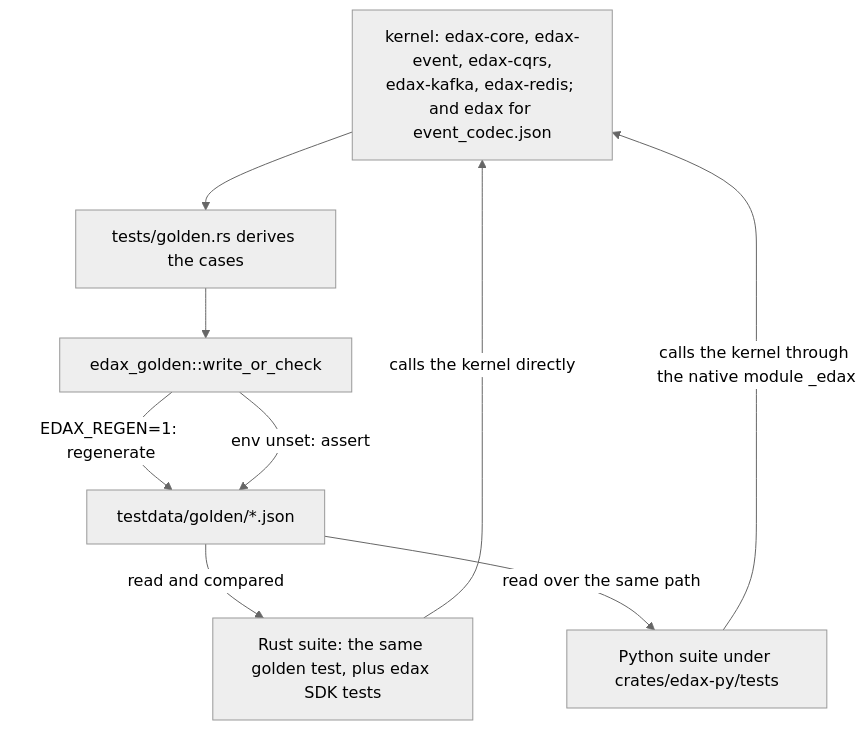
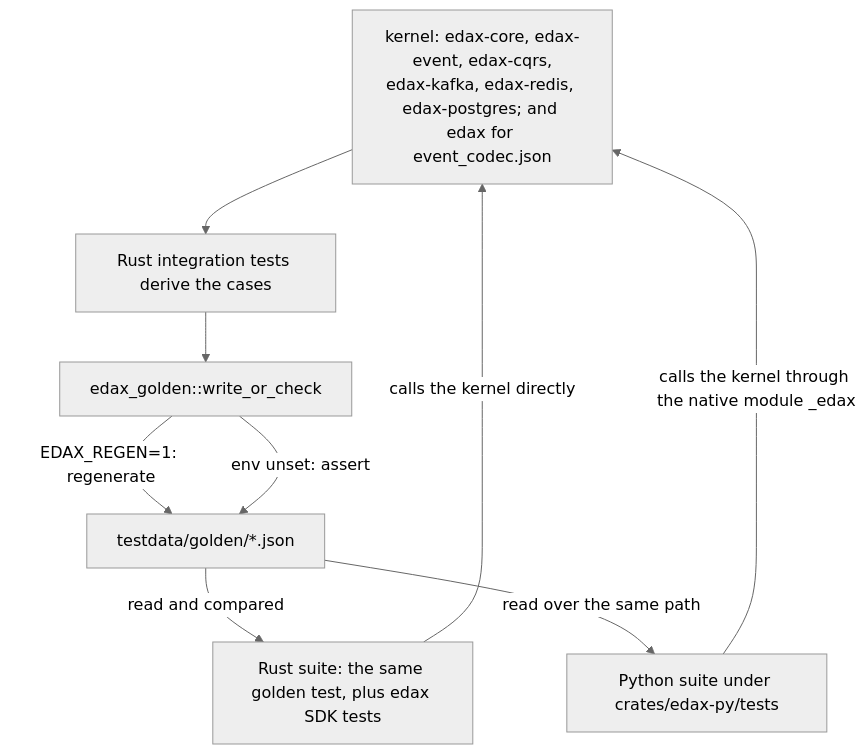
The first of 2 diagrams in docs/kernels/golden-vectors.md (haskian/edax), drawn with Mermaid (neutral theme) before and after one commit. The commit also changed other lines of this file and 100 other files, not shown here.

````diff
--- a/docs/kernels/golden-vectors.md
+++ b/docs/kernels/golden-vectors.md
@@ -18,11 +18,11 @@
 ```mermaid
 flowchart TB
-  K["kernel: edax-core, edax-event, edax-cqrs,<br/>edax-kafka, edax-redis; and edax for event_codec.json"] --> G["tests/golden.rs derives the cases"]
+  K["kernel: edax-core, edax-event, edax-cqrs,<br/>edax-kafka, edax-redis, edax-postgres; and edax for event_codec.json"] --> G["Rust integration tests derive the cases"]
   G --> W["edax_golden::write_or_check"]
   W -->|"EDAX_REGEN=1: regenerate"| F["testdata/golden/*.json"]
   W -->|"env unset: assert"| F
   F -->|"read and compared"| RS["Rust suite: the same golden test, plus edax SDK tests"]
   F -->|"read over the same path"| PS["Python suite under crates/edax-py/tests"]
   PS -->|"calls the kernel through the native module _edax"| K
   RS -->|"calls the kernel directly"| K
 ```
````
